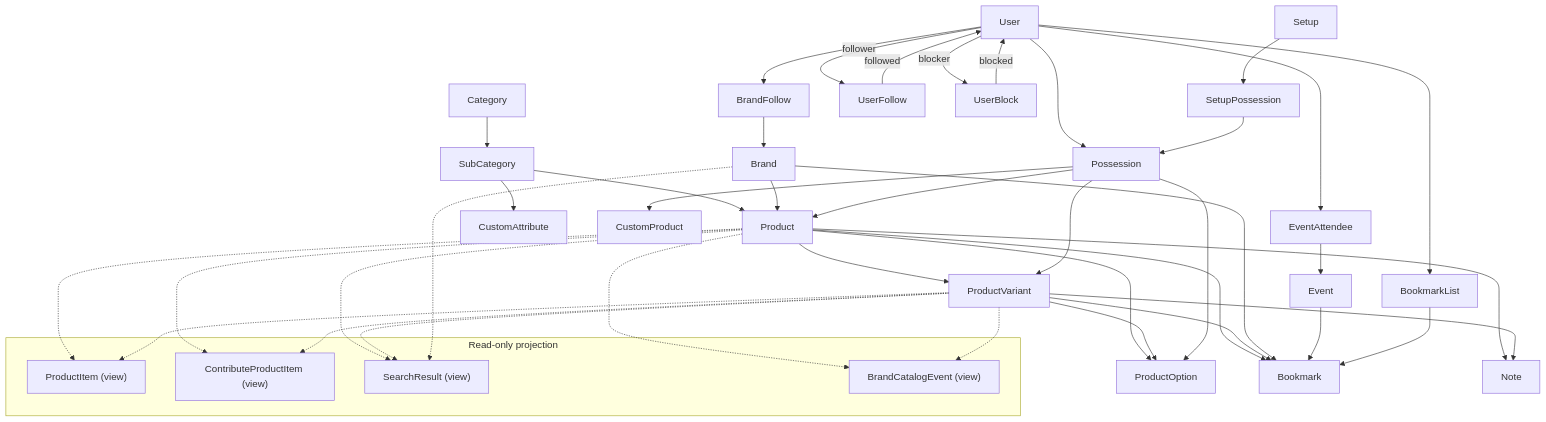
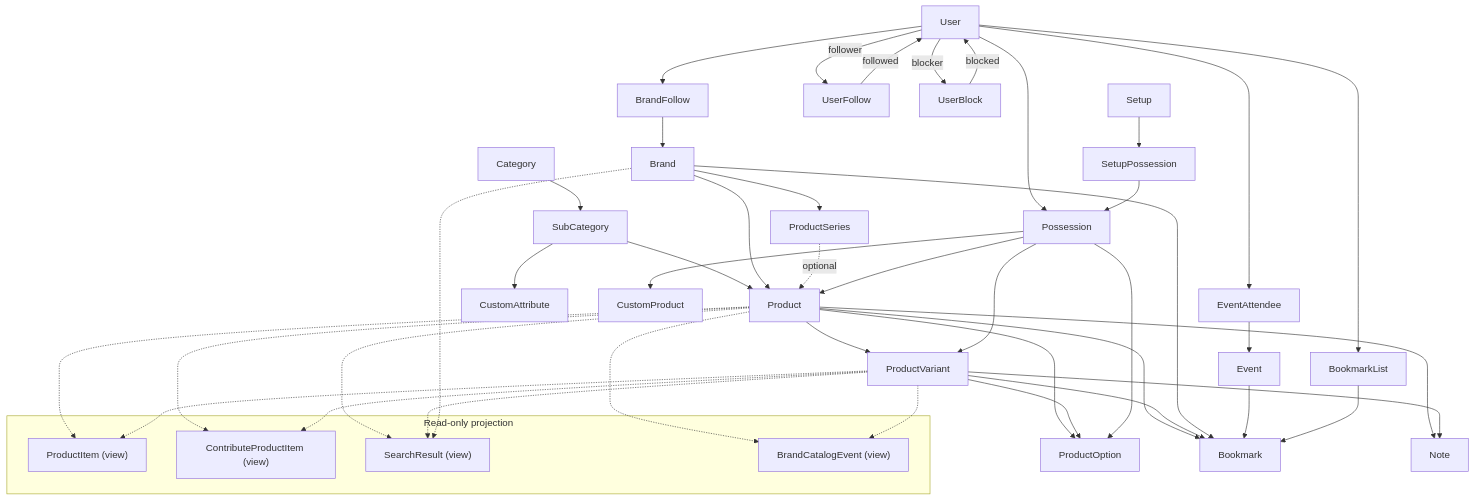
Before and after one commit to mgrsskls/hifilog: the diagram in README.md, drawn with Mermaid. The commit also changed other lines of this file and 83 other files, not shown here.

Commit message:
Product series

````diff
--- a/README.md
+++ b/README.md
@@ -13,43 +13,45 @@
 ```mermaid
 flowchart TB
   Category --> SubCategory
   SubCategory --> Product
   SubCategory --> CustomAttribute
   Brand --> Product
+  Brand --> ProductSeries
+  ProductSeries -.->|optional| Product
   Product --> ProductVariant
   Product --> ProductOption
   ProductVariant --> ProductOption
   User --> Possession
   Possession --> Product
   Possession --> ProductVariant
   Possession --> CustomProduct
   Possession --> ProductOption
   Product --> Bookmark
   ProductVariant --> Bookmark
   Brand --> Bookmark
   Event --> Bookmark
   User --> BookmarkList
   BookmarkList --> Bookmark
   Setup --> SetupPossession --> Possession
   Product --> Note
   ProductVariant --> Note
   User --> EventAttendee --> Event
   User -->|follower| UserFollow -->|followed| User
   User -->|blocker| UserBlock -->|blocked| User
   User --> BrandFollow --> Brand
   subgraph readonly [Read-only projection]
     ProductItem["ProductItem (view)"]
     ContributeProductItem["ContributeProductItem (view)"]
     SearchResult["SearchResult (view)"]
     BrandCatalogEvent["BrandCatalogEvent (view)"]
   end
   Product -.-> ProductItem
   ProductVariant -.-> ProductItem
   Product -.-> ContributeProductItem
   ProductVariant -.-> ContributeProductItem
   Product -.-> SearchResult
   ProductVariant -.-> SearchResult
   Brand -.-> SearchResult
   Product -.-> BrandCatalogEvent
   ProductVariant -.-> BrandCatalogEvent
 ```
````
